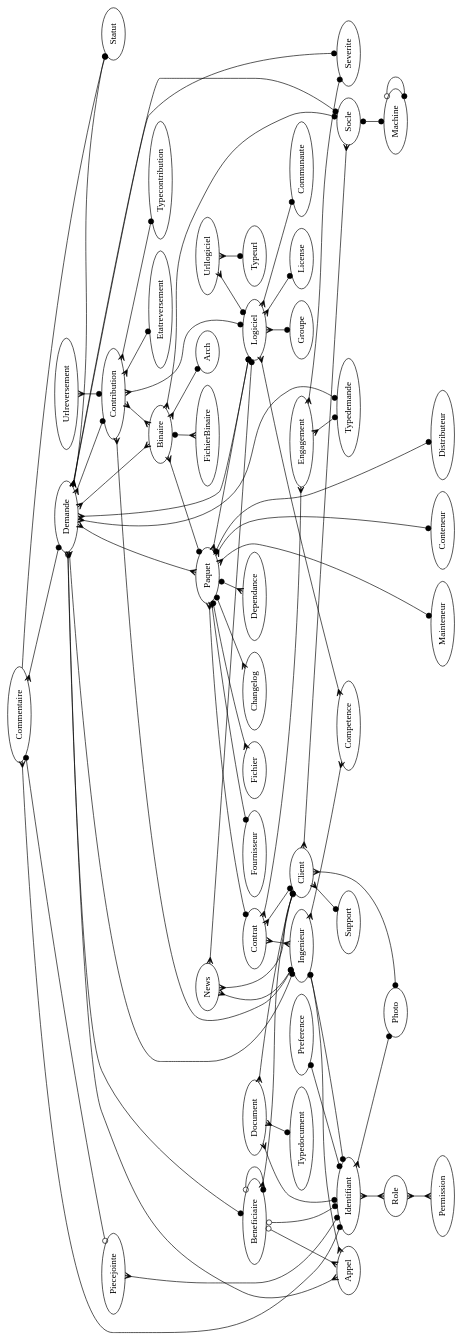
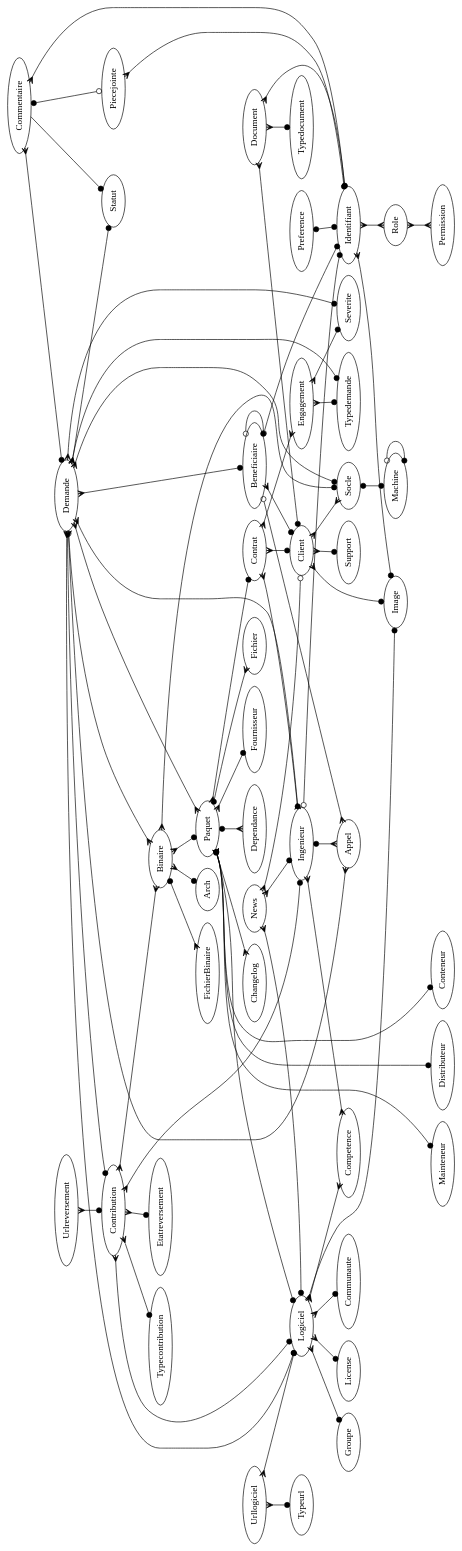
The diagram in doc/modele_donnee.dot (trivoallan/tosca), drawn with Graphviz before and after one commit. The commit also changed 25 other files, not shown here.

Commit message:
On change le modèle Photo en moèdele Image (j'espère n'avoir rien oublié...)

```diff
--- a/doc/modele_donnee.dot
+++ b/doc/modele_donnee.dot
@@ -1,81 +1,82 @@
 digraph x {
 
 rotate=90;
 
 {rank=max; Distributeur Mainteneur Conteneur }
 
 Binaire -> Paquet [arrowhead=dot,arrowtail=crow,dir=both]
 Binaire -> Socle [arrowhead=dot,dir=both,arrowtail=crow]
 Binaire -> Arch [arrowhead=dot,dir=both,arrowtail=crow]
 Binaire -> FichierBinaire [arrowhead=crow,dir=both,arrowtail=dot]
 
 Beneficiaire -> Identifiant [arrowhead=dot,arrowtail=odot,dir=both]
 Beneficiaire -> Appel [arrowhead=crow,arrowtail=odot,dir=both]
 Beneficiaire -> Client [arrowhead=dot,dir=both,arrowtail=crow]
 Beneficiaire -> Beneficiaire [arrowhead=dot,arrowtail=odot,dir=both]
-Client -> Photo [arrowhead=dot,dir=both,arrowtail=crow]
+Client -> Image [arrowhead=dot,dir=both,arrowtail=crow]
 Client -> Support [arrowhead=dot,dir=both,arrowtail=crow]
 Client -> Socle [arrowhead=crow,dir=both,arrowtail=crow]
 Commentaire -> Demande [arrowhead=dot,dir=both,arrowtail=crow]
 Commentaire -> Identifiant [arrowhead=dot,dir=both,arrowtail=crow]
 Commentaire -> Piecejointe [arrowhead=odot,dir=both,arrowtail=dot]
 Commentaire -> Statut [arrowhead=dot]
 Contrat -> Client [arrowhead=dot,dir=both,arrowtail=crow]
 Contrat -> Ingenieur [arrowhead=crow,arrowtail=crow,dir=both]
 Contrat -> Engagement [arrowhead=crow,arrowtail=crow,dir=both]
-Identifiant -> Photo [arrowhead=dot,dir=both,arrowtail=crow]
+Identifiant -> Image [arrowhead=dot,dir=both,arrowtail=crow]
 Identifiant -> Role [arrowhead=crow,arrowtail=crow,dir=both]
 Ingenieur -> Competence [arrowhead=crow,arrowtail=crow,dir=both]
 Ingenieur -> Identifiant [arrowhead=dot,arrowtail=odot,dir=both]
 Ingenieur -> Appel [arrowhead=crow,dir=both,arrowtail=dot]
 
 Logiciel -> Competence [arrowhead=crow,arrowtail=crow,dir=both]
 Logiciel -> License [arrowhead=dot,dir=both,arrowtail=crow]
 Logiciel -> Communaute [arrowhead=dot,dir=both,arrowtail=crow]
 Logiciel -> Groupe [arrowhead=dot,dir=both,arrowtail=crow]
+Logiciel -> Image [arrowhead=dot,dir=both,arrowtail=crow]
 
 News -> Ingenieur [arrowhead=dot,dir=both,arrowtail=crow]
 News -> Client [arrowhead=odot,dir=both,arrowtail=crow]
 News -> Logiciel [arrowhead=dot,dir=both,arrowtail=crow]
 
 Paquet -> Logiciel [arrowhead=dot,dir=both,arrowtail=crow]
 Paquet -> Fournisseur [arrowhead=dot,dir=both,arrowtail=crow]
 Paquet -> Fichier [arrowhead=crow,dir=both,arrowtail=dot]
 Paquet -> Contrat [arrowhead=dot,dir=both,arrowtail=crow]
 Paquet -> Changelog [arrowhead=crow,dir=both,arrowtail=dot]
 Paquet -> Distributeur [arrowhead=dot,dir=both,arrowtail=dot]
 Paquet -> Dependance [arrowhead=crow,dir=both,arrowtail=dot]
 Paquet -> Mainteneur [arrowhead=dot,dir=both,arrowtail=crow]
 Paquet -> Conteneur [arrowhead=dot,dir=both,arrowtail=crow]
 Preference -> Identifiant [arrowhead=dot,arrowtail=dot,dir=both]
 Socle -> Machine [arrowhead=dot,dir=both,arrowtail=dot]
 Machine -> Machine [arrowhead=dot,dir=both,arrowtail=odot]
 Demande -> Typedemande [arrowhead=dot,dir=both,arrowtail=crow]
 Demande -> Logiciel [arrowhead=dot,dir=both,arrowtail=crow]
 Demande -> Severite [arrowhead=dot,dir=both,arrowtail=crow]
 Demande -> Beneficiaire [arrowhead=dot,dir=both,arrowtail=crow]
 Demande -> Socle [arrowhead=dot,dir=both,arrowtail=crow]
 Demande -> Statut [arrowhead=dot,dir=both,arrowtail=crow]
 Demande -> Ingenieur [arrowhead=dot,dir=both,arrowtail=crow]
 Demande -> Binaire [arrowhead=crow,arrowtail=crow,dir=both]
 Demande -> Paquet [arrowhead=crow,arrowtail=crow,dir=both]
 Demande -> Appel [arrowhead=crow,arrowtail=odot,dir=both]
 Urllogiciel -> Logiciel [arrowhead=dot,dir=both,arrowtail=crow]
 Urllogiciel -> Typeurl [arrowhead=dot,dir=both,arrowtail=crow]
 Engagement -> Severite [arrowhead=dot,dir=both,arrowtail=crow]
 Engagement -> Typedemande [arrowhead=dot,dir=both,arrowtail=crow]
 Role -> Permission [arrowhead=crow,arrowtail=crow,dir=both]
 Contribution -> Binaire [arrowhead=crow,arrowtail=crow,dir=both]
 Urlreversement -> Contribution [arrowhead=dot,dir=both,arrowtail=crow]
 Demande -> Contribution [arrowhead=dot,dir=both,arrowtail=crow]
 Contribution -> Etatreversement [arrowhead=dot,dir=both,arrowtail=crow]
 Contribution -> Typecontribution [arrowhead=dot,dir=both,arrowtail=crow]
 Contribution -> Logiciel [arrowhead=dot,dir=both,arrowtail=crow]
 Contribution -> Ingenieur [arrowhead=dot,dir=both,arrowtail=crow]
 Piecejointe -> Identifiant [arrowtail=crow,dir=both,arrowhead=dot]
 Document -> Client [arrowhead=dot,dir=both,arrowtail=crow]
 Document -> Typedocument [arrowhead=dot,dir=both,arrowtail=crow]
 Document -> Identifiant [arrowhead=dot,dir=both,arrowtail=crow]
 
 
 }
```
